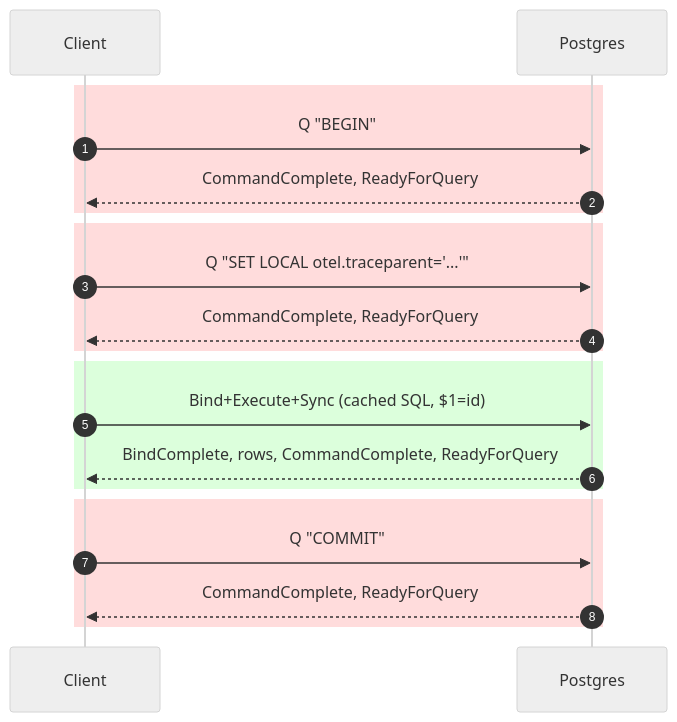
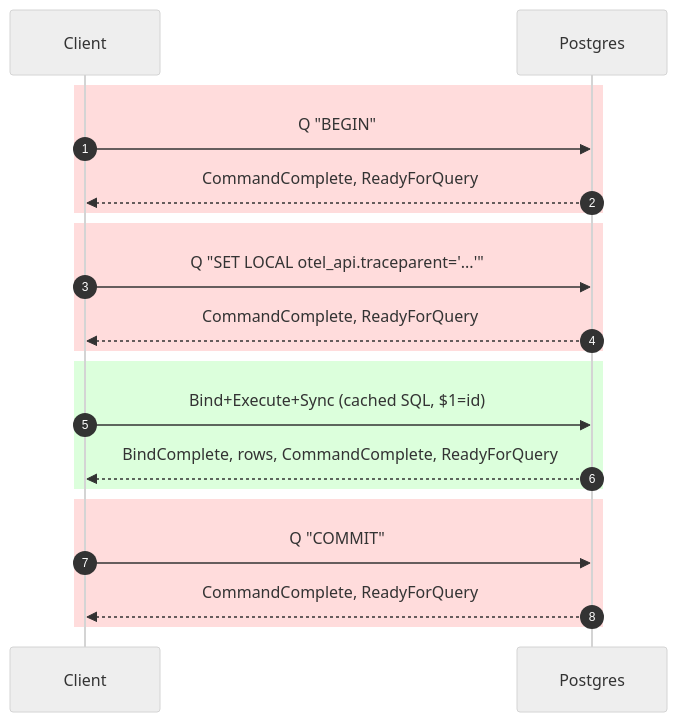
The third of 8 diagrams in README.md (ringerc/postgres_otel_tracing_bench), drawn with Mermaid (neutral theme) before and after one commit. The commit also changed other lines of this file and 4 other files, not shown here.

First line of the commit message:
adapt to otel_api GUC rename: SET otel.traceparent -> SET otel_api.traceparent

````diff
--- a/README.md
+++ b/README.md
@@ -415,22 +415,22 @@
 ```mermaid
 sequenceDiagram
     autonumber
     participant C as Client
     participant S as Postgres
     rect rgb(255,220,220)
     C->>S: Q "BEGIN"
     S-->>C: CommandComplete, ReadyForQuery
     end
     rect rgb(255,220,220)
-    C->>S: Q "SET LOCAL otel.traceparent='...'"
+    C->>S: Q "SET LOCAL otel_api.traceparent='...'"
     S-->>C: CommandComplete, ReadyForQuery
     end
     rect rgb(220,255,220)
     C->>S: Bind+Execute+Sync (cached SQL, $1=id)
     S-->>C: BindComplete, rows, CommandComplete, ReadyForQuery
     end
     rect rgb(255,220,220)
     C->>S: Q "COMMIT"
     S-->>C: CommandComplete, ReadyForQuery
     end
 ```
````
